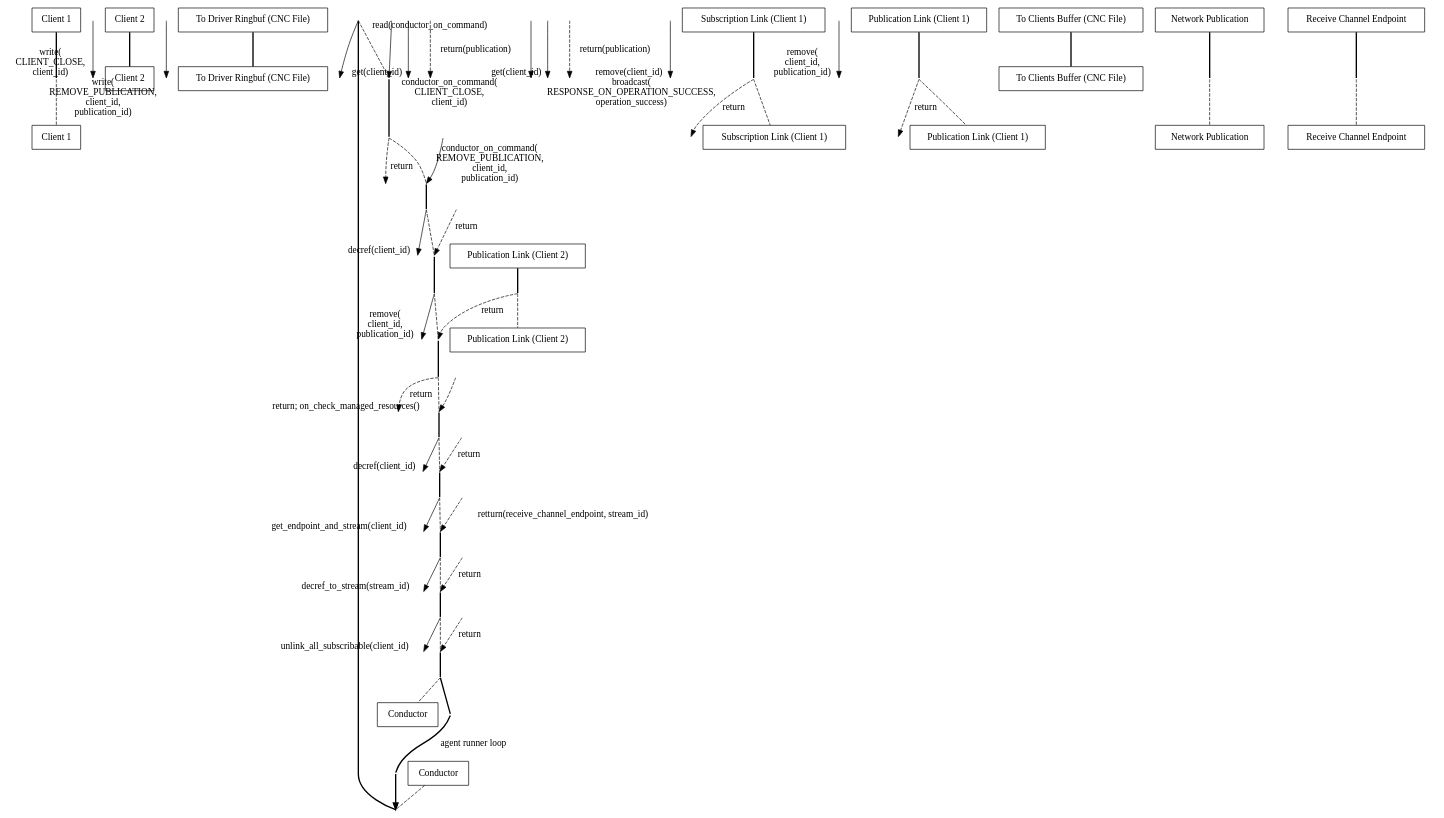
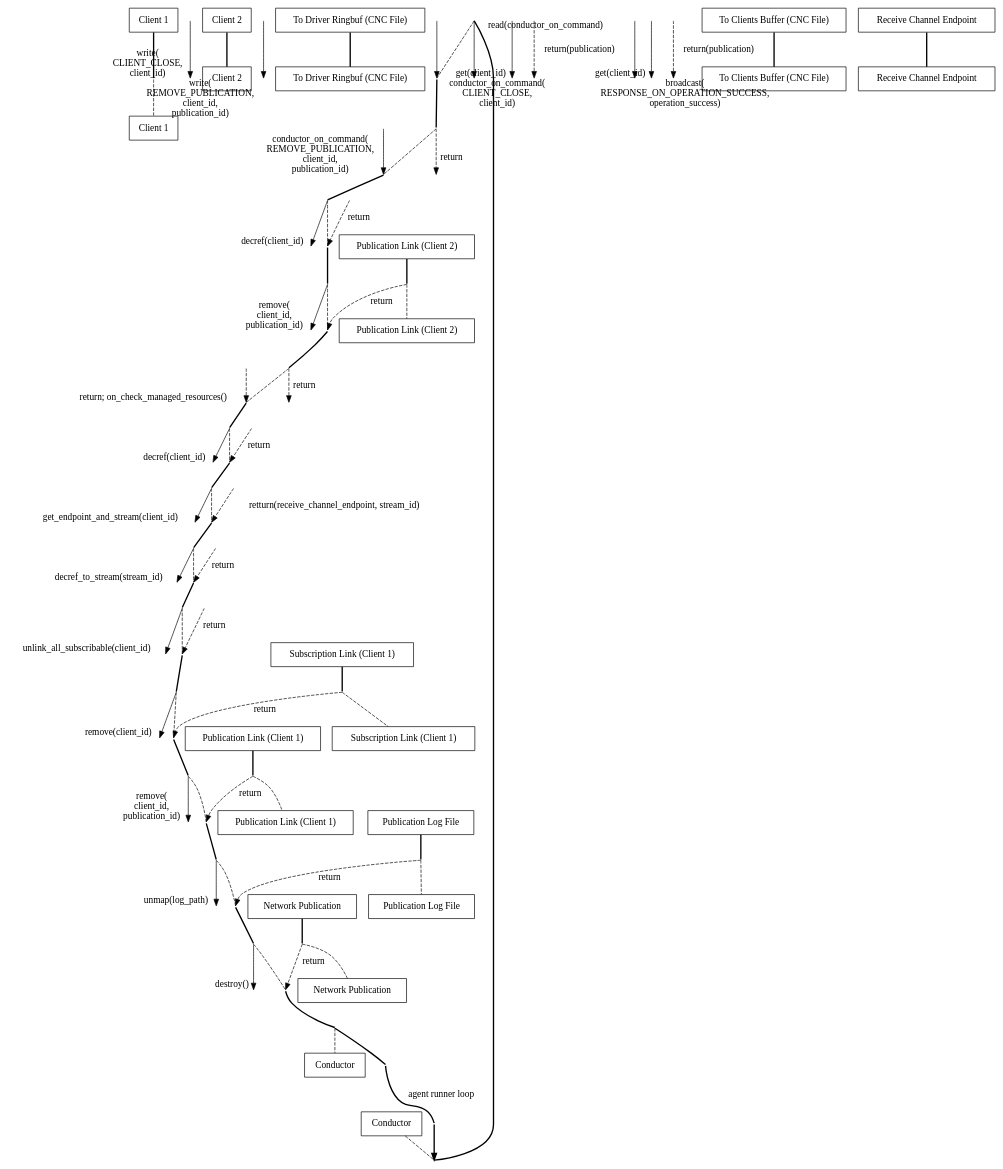
Before and after one commit to khklau/aeron-dpdk-driver: the diagram in doc/remove_publication.dot, drawn with Graphviz.

Commit message:
adding publication log removal

```diff
--- a/doc/remove_publication.dot
+++ b/doc/remove_publication.dot
@@ -4,10 +4,10 @@
   client1__head [ label="Client 1" pos="0,0!" shape="record" ];
   client1__write_close [ pos="0,-1!" shape="point" width="0" ]
   client1__destroy [ pos="0,-2!" shape="point" width="0" ]
-  client1__foot [ label="Client 1" pos="0,-31!" shape="record" ];
+  client1__foot [ label="Client 1" pos="0,-35!" shape="record" ];
   client2__head [ label="Client 2" pos="3,0!" shape="record" ];
   client2__write_remove [ pos="3,-2!" shape="point" width="0" ]
-  client2__foot [ label="Client 2" pos="3,-31!" shape="record" ];
+  client2__foot [ label="Client 2" pos="3,-35!" shape="record" ];
   to_driver_ringbuf__head [ label="To Driver Ringbuf (CNC File)" pos="6,0!" shape="record" ];
   on_driver_ringbuf__write_close [ pos="6,-1!" shape="point" width="0" ]
   on_driver_ringbuf__write_remove [ pos="6,-2!" shape="point" width="0" ]
@@ -17,7 +17,7 @@
   to_driver_ringbuf__on_cmd_remove [ pos="6,-6!" shape="point" width="0" ]
   to_driver_ringbuf__ret_on_cmd_remove [ pos="6,-14!" shape="point" width="0" ]
   to_driver_ringbuf__ret_read [ pos="6,-15!" shape="point" width="0" ]
-  to_driver_ringbuf__foot [ label="To Driver Ringbuf (CNC File)" pos="6,-31!" shape="record" ];
+  to_driver_ringbuf__foot [ label="To Driver Ringbuf (CNC File)" pos="6,-35!" shape="record" ];
   conductor__head [ label="Conductor" pos="9,0!" shape="record" ];
   conductor__loop_begin [ pos="9,-1!" shape="point" width="0" ];
   conductor__ret_loop_begin [ pos="9.5,-1!" shape="point" width="0" ];
@@ -48,46 +48,52 @@
   conductor__ret_remove_sl [ pos="9,-27!" shape="point" width="0" ]
   conductor__remove_pl1 [ pos="9,-28!" shape="point" width="0" ]
   conductor__ret_remove_pl1 [ pos="9,-29!" shape="point" width="0" ]
-  conductor__loop_end [ pos="9,-30!" shape="point" width="0" ];
-  conductor__ret_loop_end [ pos="9.5,-30!" shape="point" width="0" ];
-  conductor__foot [ label="Conductor" pos="9,-31!" shape="record" ];
+  conductor__unmap [ pos="9,-30!" shape="point" width="0" ]
+  conductor__ret_unmap [ pos="9,-31!" shape="point" width="0" ]
+  conductor__destroy [ pos="9,-32!" shape="point" width="0" ]
+  conductor__ret_destroy [ pos="9,-33!" shape="point" width="0" ]
+  conductor__loop_end [ pos="9,-34!" shape="point" width="0" ];
+  conductor__ret_loop_end [ pos="9.5,-34!" shape="point" width="0" ];
+  conductor__foot [ label="Conductor" pos="9,-35!" shape="record" ];
   to_clients_buffer__head [ label="To Clients Buffer (CNC File)" pos="12,0!" shape="record" ];
   to_clients_buffer__broadcast [ pos="12,-13!" shape="point" width="0" ]
-  to_clients_buffer__foot [ label="To Clients Buffer (CNC File)" pos="12,-31!" shape="record" ];
+  to_clients_buffer__foot [ label="To Clients Buffer (CNC File)" pos="12,-35!" shape="record" ];
   publication_link1__head [ label="Publication Link (Client 1)" pos="15,0!" shape="record" ];
   publication_link1__get1 [ pos="15,-16!" shape="point" width="0" ]
   publication_link1__ret_get1 [ pos="15,-17!" shape="point" width="0" ]
   publication_link1__remove_pl1 [ pos="15,-28!" shape="point" width="0" ]
   publication_link1__ret_remove_pl1 [ pos="15,-29!" shape="point" width="0" ]
-  publication_link1__foot [ label="Publication Link (Client 1)" pos="15,-31!" shape="record" ];
+  publication_link1__foot [ label="Publication Link (Client 1)" pos="15,-35!" shape="record" ];
   publication_link2__head [ label="Publication Link (Client 2)" pos="18,0!" shape="record" ];
   publication_link2__get2 [ pos="18,-7!" shape="point" width="0" ]
   publication_link2__ret_get2 [ pos="18,-8!" shape="point" width="0" ]
   publication_link2__remove_pl2 [ pos="18,-11!" shape="point" width="0" ]
   publication_link2__ret_remove_pl2 [ pos="18,-12!" shape="point" width="0" ]
-  publication_link2__foot [ label="Publication Link (Client 2)" pos="18,-31!" shape="record" ];
+  publication_link2__foot [ label="Publication Link (Client 2)" pos="18,-35!" shape="record" ];
   net_publication__head [ label="Network Publication" pos="21,0!" shape="record" ];
   net_publication__decref2 [ pos="21,-9!" shape="point" width="0" ]
   net_publication__ret_decref2 [ pos="21,-10!" shape="point" width="0" ]
   net_publication__decref1 [ pos="21,-18!" shape="point" width="0" ]
   net_publication__ret_decref1 [ pos="21,-19!" shape="point" width="0" ]
-  net_publication__remove [ pos="21,-23!" shape="point" width="0" ]
-  net_publication__ret_remove [ pos="21,-30!" shape="point" width="0" ]
-  net_publication__foot [ label="Network Publication" pos="21,-31!" shape="record" ];
-  subscription_link__head [ label="Subscription Link (Client 1)" pos="24,0!" shape="record" ];
-  subscription_link__get_end [ pos="24,-20!" shape="point" width="0" ]
-  subscription_link__ret_get_end [ pos="24,-21!" shape="point" width="0" ]
-  subscription_link__unlink [ pos="24,-24!" shape="point" width="0" ]
-  subscription_link__ret_unlink [ pos="24,-25!" shape="point" width="0" ]
-  subscription_link__remove_sl [ pos="24,-26!" shape="point" width="0" ]
-  subscription_link__ret_remove_sl [ pos="24,-27!" shape="point" width="0" ]
-  subscription_link__foot [ label="Subscription Link (Client 1)" pos="24,-31!" shape="record" ];
-  receive_channel_end__head [ label="Receive Channel Endpoint" pos="27,0!" shape="record" ];
-  receive_channel_end__stream_decref [ pos="27,-22!" shape="point" width="0" ]
-  receive_channel_end__ret_stream_decref [ pos="27,-23!" shape="point" width="0" ]
-  receive_channel_end__remove [ pos="27,-29!" shape="point" width="0" ]
-  receive_channel_end__ret_remove [ pos="27,-30!" shape="point" width="0" ]
-  receive_channel_end__foot [ label="Receive Channel Endpoint" pos="27,-31!" shape="record" ];
+  net_publication__destroy [ pos="21,-32!" shape="point" width="0" ]
+  net_publication__ret_destroy [ pos="21,-33!" shape="point" width="0" ]
+  net_publication__foot [ label="Network Publication" pos="21,-35!" shape="record" ];
+  publication_log__head [ label="Publication Log File" pos="24,0!" shape="record" ];
+  publication_log__unmap [ pos="24,-30!" shape="point" width="0" ]
+  publication_log__ret_unmap [ pos="24,-31!" shape="point" width="0" ]
+  publication_log__foot [ label="Publication Log File" pos="24,-35!" shape="record" ];
+  subscription_link__head [ label="Subscription Link (Client 1)" pos="27,0!" shape="record" ];
+  subscription_link__get_end [ pos="27,-20!" shape="point" width="0" ]
+  subscription_link__ret_get_end [ pos="27,-21!" shape="point" width="0" ]
+  subscription_link__unlink [ pos="27,-24!" shape="point" width="0" ]
+  subscription_link__ret_unlink [ pos="27,-25!" shape="point" width="0" ]
+  subscription_link__remove_sl [ pos="27,-26!" shape="point" width="0" ]
+  subscription_link__ret_remove_sl [ pos="27,-27!" shape="point" width="0" ]
+  subscription_link__foot [ label="Subscription Link (Client 1)" pos="27,-35!" shape="record" ];
+  receive_channel_end__head [ label="Receive Channel Endpoint" pos="30,0!" shape="record" ];
+  receive_channel_end__stream_decref [ pos="30,-22!" shape="point" width="0" ]
+  receive_channel_end__ret_stream_decref [ pos="30,-23!" shape="point" width="0" ]
+  receive_channel_end__foot [ label="Receive Channel Endpoint" pos="30,-35!" shape="record" ];
 
   client1__head -> client1__destroy [ dir="none" style="bold" ]
   client1__destroy -> client1__foot [ dir="none" style="dashed" ]
@@ -112,19 +118,28 @@
   conductor__stream_decref -> conductor__ret_stream_decref [ dir="none" style="dashed" ]
   conductor__ret_stream_decref -> conductor__unlink [ dir="none" style="bold" ]
   conductor__unlink -> conductor__ret_unlink [ dir="none" style="dashed" ]
-  conductor__ret_unlink -> conductor__loop_end [ dir="none" style="bold" ]
+  conductor__ret_unlink -> conductor__remove_sl [ dir="none" style="bold" ]
+  conductor__remove_sl -> conductor__ret_remove_sl [ dir="none" style="dashed" ]
+  conductor__ret_remove_sl -> conductor__remove_pl1 [ dir="none" style="bold" ]
+  conductor__remove_pl1 -> conductor__ret_remove_pl1 [ dir="none" style="dashed" ]
+  conductor__ret_remove_pl1 -> conductor__unmap [ dir="none" style="bold" ]
+  conductor__unmap -> conductor__ret_unmap [ dir="none" style="dashed" ]
+  conductor__ret_unmap -> conductor__destroy [ dir="none" style="bold" ]
+  conductor__destroy -> conductor__ret_destroy [ dir="none" style="dashed" ]
+  conductor__ret_destroy -> conductor__loop_end [ dir="none" style="bold" ]
   conductor__loop_end -> conductor__foot [ dir="none" style="dashed" ]
   to_clients_buffer__head -> to_clients_buffer__foot [ dir="none" style="bold" ]
   publication_link1__head -> publication_link1__ret_remove_pl1 [ dir="none" style="bold" ]
   publication_link1__ret_remove_pl1 -> publication_link1__foot [ dir="none" style="dashed" ]
   publication_link2__head -> publication_link2__ret_remove_pl2 [ dir="none" style="bold" ]
   publication_link2__ret_remove_pl2 -> publication_link2__foot [ dir="none" style="dashed" ]
-  net_publication__head -> net_publication__ret_remove [ dir="none" style="bold" ]
-  net_publication__ret_remove -> net_publication__foot [ dir="none" style="dashed" ]
+  net_publication__head -> net_publication__ret_destroy [ dir="none" style="bold" ]
+  net_publication__ret_destroy -> net_publication__foot [ dir="none" style="dashed" ]
   subscription_link__head -> subscription_link__ret_remove_sl [ dir="none" style="bold" ]
   subscription_link__ret_remove_sl -> subscription_link__foot [ dir="none" style="dashed" ]
-  receive_channel_end__head -> receive_channel_end__ret_remove [ dir="none" style="bold" ]
-  receive_channel_end__ret_remove -> receive_channel_end__foot [ dir="none" style="dashed" ]
+  receive_channel_end__head -> receive_channel_end__foot [ dir="none" style="bold" ]
+  publication_log__head -> publication_log__ret_unmap [ dir="none" style="bold" ]
+  publication_log__ret_unmap -> publication_log__foot [ dir="none" style="dashed" ]
 
   client1__write_close -> on_driver_ringbuf__write_close [ headlabel="write( \n CLIENT_CLOSE, \n client_id)" style="solid" ]
   client2__write_remove -> on_driver_ringbuf__write_remove [ headlabel="write( \n REMOVE_PUBLICATION, \n client_id, \n publication_id)" style="solid" ]
@@ -156,6 +171,10 @@
   conductor__loop_end -> conductor__ret_loop_end [ dir="none" style="bold" ]
   conductor__remove_pl1 -> publication_link1__remove_pl1 [ headlabel="remove( \n client_id, \n publication_id)" style="solid" ]
   publication_link1__ret_remove_pl1 -> conductor__ret_remove_pl1 [ label="return" style="dashed" ]
+  conductor__unmap -> publication_log__unmap [ headlabel="unmap(log_path)" style="solid" ]
+  publication_log__ret_unmap -> conductor__ret_unmap [ label="return" style="dashed" ]
+  conductor__destroy -> net_publication__destroy [ headlabel="destroy()" style="solid" ]
+  net_publication__ret_destroy -> conductor__ret_destroy [ label="return" style="dashed" ]
   conductor__ret_loop_end -> conductor__ret_loop_begin [ label="agent runner loop" dir="none" style="bold" ]
   conductor__ret_loop_begin -> conductor__loop_begin [ style="bold" ]
 }
```
